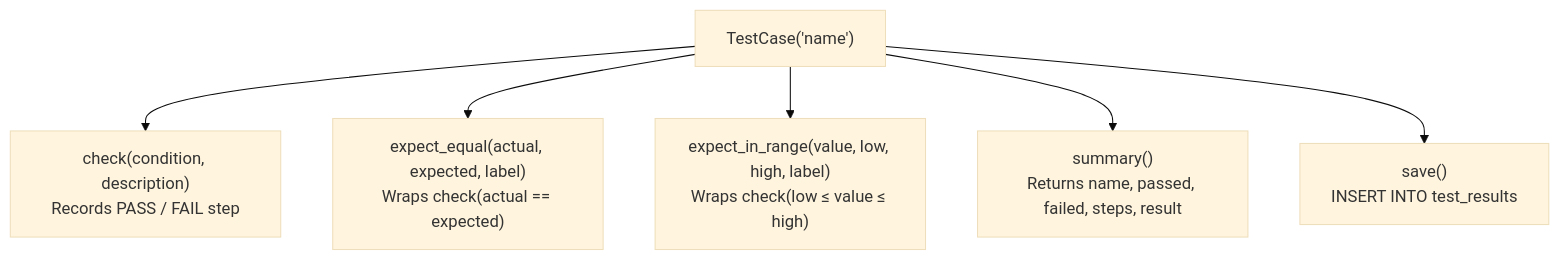
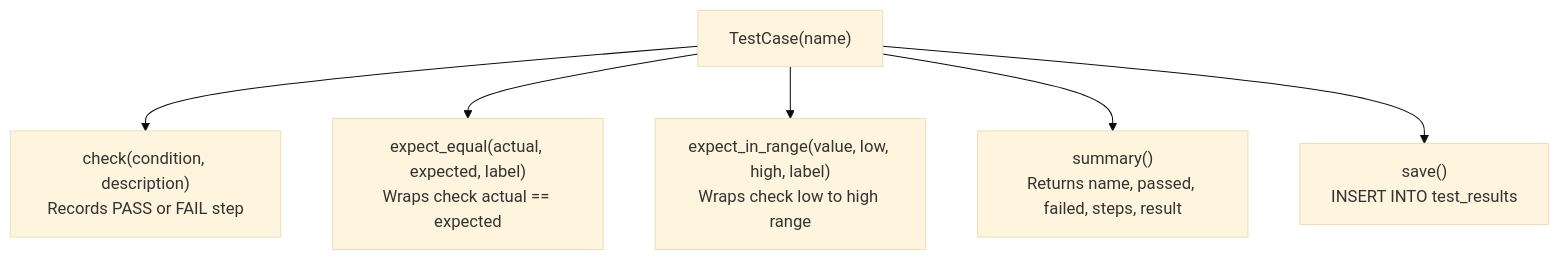
Diagram 13 of 18 in README.md (PriyanshuKSharma/AutoTestStudio), drawn with Mermaid (base theme) before and after one commit. The commit also changed other lines of this file and 1 other file, not shown here.

Commit message:
style: replace emojis with professional Unicode symbols in sidebar nav and README diagrams

````diff
--- a/README.md
+++ b/README.md
@@ -359,9 +359,9 @@
 ```mermaid
 graph TD
-    TC["TestCase('name')"]
-    TC --> C["check(condition, description)\nRecords PASS / FAIL step"]
-    TC --> EE["expect_equal(actual, expected, label)\nWraps check(actual == expected)"]
-    TC --> EIR["expect_in_range(value, low, high, label)\nWraps check(low ≤ value ≤ high)"]
+    TC["TestCase(name)"]
+    TC --> C["check(condition, description)\nRecords PASS or FAIL step"]
+    TC --> EE["expect_equal(actual, expected, label)\nWraps check actual == expected"]
+    TC --> EIR["expect_in_range(value, low, high, label)\nWraps check low to high range"]
     TC --> SUM["summary()\nReturns name, passed, failed, steps, result"]
     TC --> SAVE["save()\nINSERT INTO test_results"]
 ```
````
